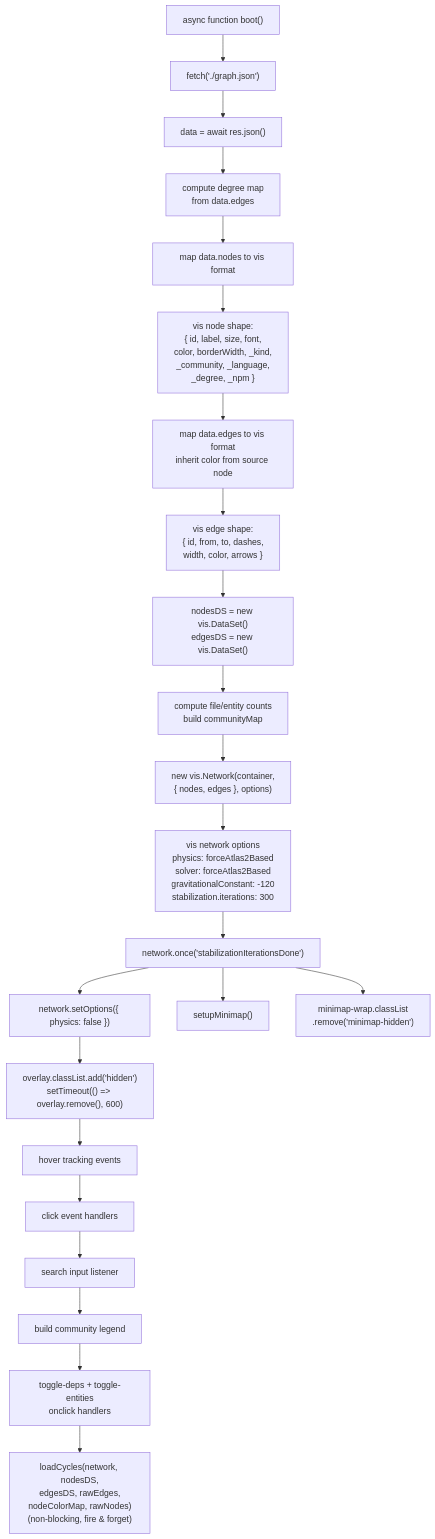
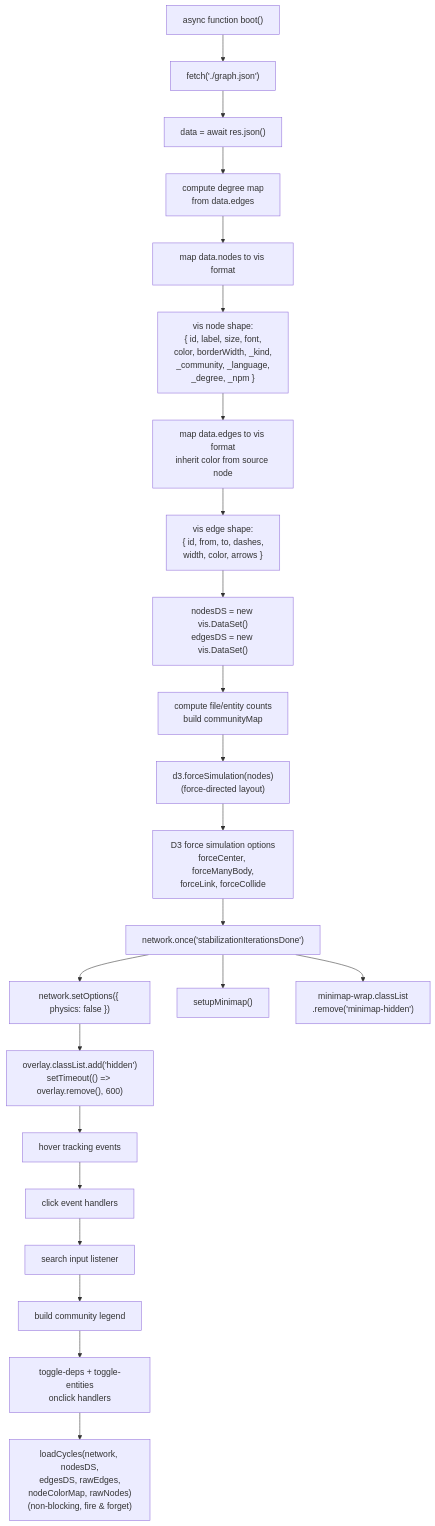
The second of 11 diagrams in ARCHITECTURE/visualizer.md (Arham-Qureshi/codebase-vis), drawn with Mermaid before and after one commit. The commit also changed other lines of this file, not shown here.

Commit message:
docs: update visualizer — vis-network to D3 force layout

````diff
--- a/ARCHITECTURE/visualizer.md
+++ b/ARCHITECTURE/visualizer.md
@@ -55,44 +55,44 @@
 ```mermaid
 flowchart TD
     START["async function boot()"] --> FETCH["fetch('./graph.json')"]
 
     FETCH --> PARSE["data = await res.json()"]
 
     PARSE --> DEGREE["compute degree map<br/>from data.edges"]
 
     DEGREE --> CONVERT_NODES["map data.nodes to vis format"]
 
     CONVERT_NODES --> VIS_NODE["vis node shape:<br/>{ id, label, size, font,<br/>color, borderWidth, _kind,<br/>_community, _language,<br/>_degree, _npm }"]
 
     VIS_NODE --> CONVERT_EDGES["map data.edges to vis format<br/>inherit color from source node"]
 
     CONVERT_EDGES --> VIS_EDGE["vis edge shape:<br/>{ id, from, to, dashes,<br/>width, color, arrows }"]
 
     VIS_EDGE --> DATASETS["nodesDS = new vis.DataSet()<br/>edgesDS = new vis.DataSet()"]
 
     DATASETS --> STATS["compute file/entity counts<br/>build communityMap"]
 
-    STATS --> NETWORK["new vis.Network(container,<br/>{ nodes, edges }, options)"]
+    STATS --> NETWORK["d3.forceSimulation(nodes)<br/>(force-directed layout)"]
 
-    NETWORK --> PHYSICS["vis network options<br/>physics: forceAtlas2Based<br/>solver: forceAtlas2Based<br/>gravitationalConstant: -120<br/>stabilization.iterations: 300"]
+    NETWORK --> PHYSICS["D3 force simulation options<br/>forceCenter, forceManyBody,<br/>forceLink, forceCollide"]
 
     PHYSICS --> ONCE["network.once('stabilizationIterationsDone')"]
 
     ONCE --> FREEZE["network.setOptions({ physics: false })"]
     ONCE --> MINIMAP_SETUP["setupMinimap()"]
     ONCE --> SHOW_MINIMAP["minimap-wrap.classList<br/>.remove('minimap-hidden')"]
 
     FREEZE --> HIDE_OVERLAY["overlay.classList.add('hidden')<br/>setTimeout(() => overlay.remove(), 600)"]
 
     HIDE_OVERLAY --> HOVER["hover tracking events"]
 
     HOVER --> CLICK["click event handlers"]
 
     CLICK --> SEARCH_HANDLER["search input listener"]
 
     SEARCH_HANDLER --> LEGEND_BUILD["build community legend"]
 
     LEGEND_BUILD --> FILTER_HANDLERS["toggle-deps + toggle-entities<br/>onclick handlers"]
 
     FILTER_HANDLERS --> LOAD_CYCLES["loadCycles(network, nodesDS,<br/>edgesDS, rawEdges,<br/>nodeColorMap, rawNodes)<br/>(non-blocking, fire & forget)"]
 ```
````
